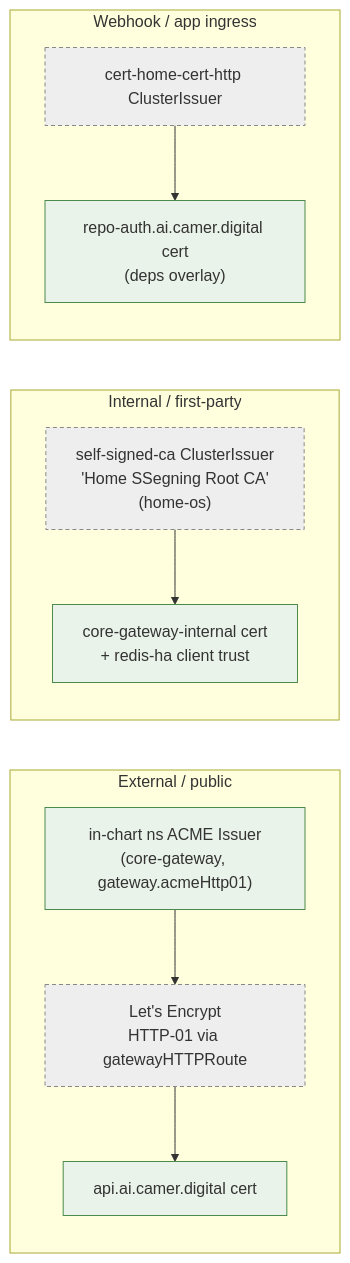
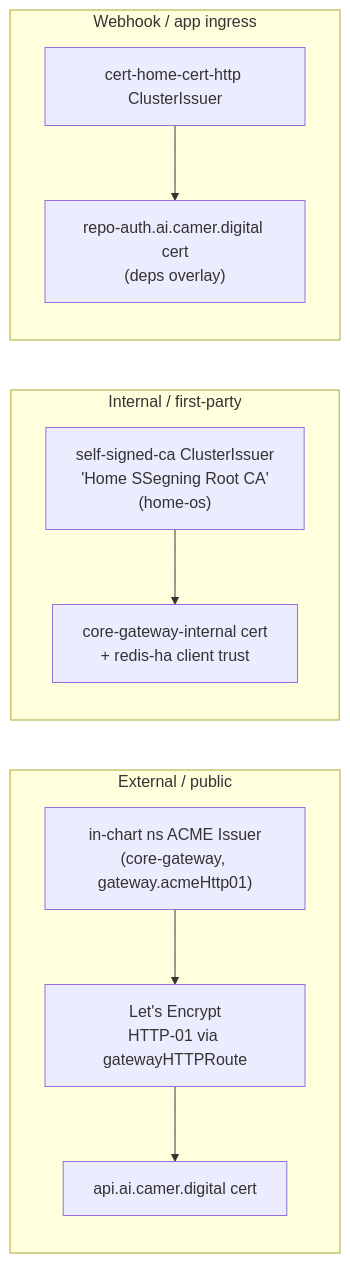
The third of 6 diagrams in docs/architecture/06-networking-tls.md (ADORSYS-GIS/ai-helm), drawn with Mermaid before and after one commit. The commit also changed other lines of this file and 13 other files, not shown here.

First line of the commit message:
docs(architecture): uncolor all mermaid; refresh CD/components; add diagrams

````diff
--- a/docs/architecture/06-networking-tls.md
+++ b/docs/architecture/06-networking-tls.md
@@ -95,19 +90,17 @@
 ```mermaid
 flowchart LR
     subgraph external["External / public"]
-        ACME["in-chart ns ACME Issuer<br/>(core-gateway, gateway.acmeHttp01)"]:::own
-        LE["Let's Encrypt<br/>HTTP-01 via gatewayHTTPRoute"]:::ext
-        ACME --> LE --> PUBCERT["api.ai.camer.digital cert"]:::own
+        ACME["in-chart ns ACME Issuer<br/>(core-gateway, gateway.acmeHttp01)"]
+        LE["Let's Encrypt<br/>HTTP-01 via gatewayHTTPRoute"]
+        ACME --> LE --> PUBCERT["api.ai.camer.digital cert"]
     end
     subgraph internal["Internal / first-party"]
-        CA["self-signed-ca ClusterIssuer<br/>'Home SSegning Root CA'<br/>(home-os)"]:::ext
-        CA --> INTCERT["core-gateway-internal cert<br/>+ redis-ha client trust"]:::own
+        CA["self-signed-ca ClusterIssuer<br/>'Home SSegning Root CA'<br/>(home-os)"]
+        CA --> INTCERT["core-gateway-internal cert<br/>+ redis-ha client trust"]
     end
     subgraph ingress["Webhook / app ingress"]
-        HTTP["cert-home-cert-http ClusterIssuer"]:::ext
-        HTTP --> WHCERT["repo-auth.ai.camer.digital cert<br/>(deps overlay)"]:::own
+        HTTP["cert-home-cert-http ClusterIssuer"]
+        HTTP --> WHCERT["repo-auth.ai.camer.digital cert<br/>(deps overlay)"]
     end
 
-    classDef own fill:#eaf3ea,stroke:#4a8a4a;
-    classDef ext fill:#eee,stroke:#888,stroke-dasharray:4 3;
 ```
````
